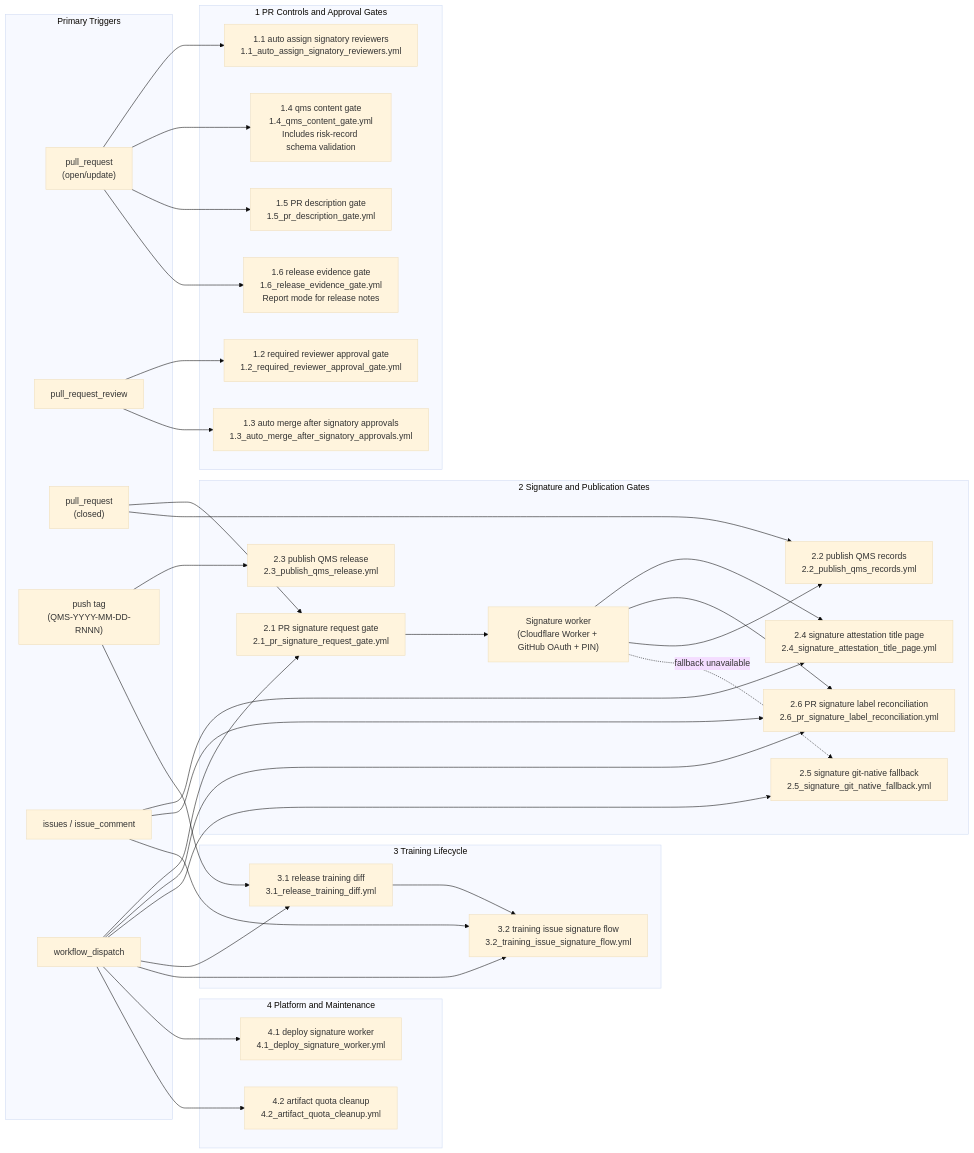
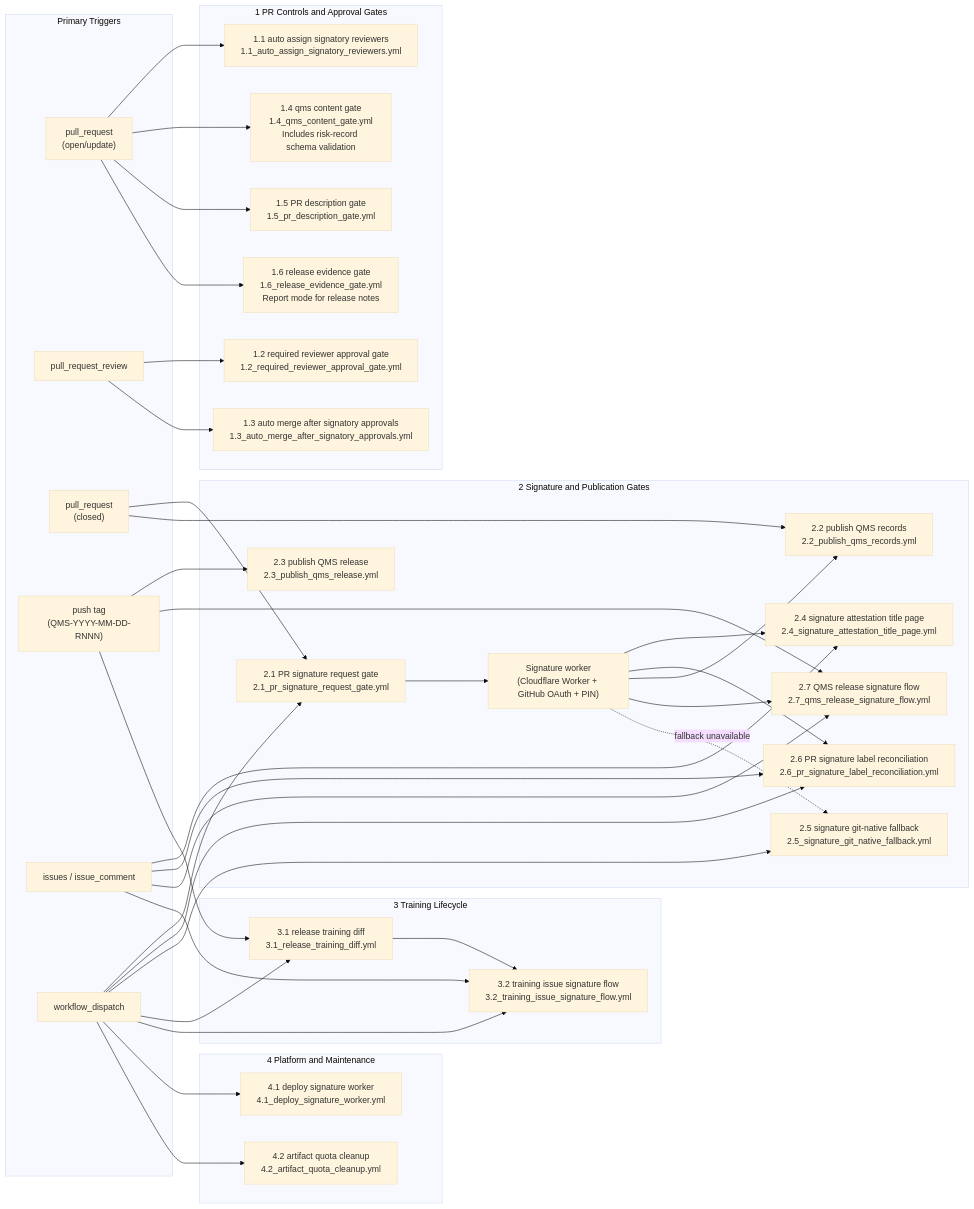
One commit to AliakseiT/dearauditor-qms-baseline changed the diagram in docs/architecture/README.md. Above: the diagram before and after it, drawn with Mermaid (base theme). The commit also changed other lines of this file and 10 other files, not shown here.

First line of the commit message:
Add QMS release-tag signature flow (#320)

````diff
--- a/docs/architecture/README.md
+++ b/docs/architecture/README.md
@@ -57,68 +57,72 @@
 ```mermaid
 flowchart LR
   subgraph triggers["Primary Triggers"]
     pr_open["pull_request<br/>(open/update)"]
     pr_review["pull_request_review"]
     pr_closed["pull_request<br/>(closed)"]
     qms_tag["push tag<br/>(QMS-YYYY-MM-DD-RNNN)"]
     issue_events["issues / issue_comment"]
     manual["workflow_dispatch"]
   end
 
   subgraph pr_controls["1 PR Controls and Approval Gates"]
     w11["1.1 auto assign signatory reviewers<br/>1.1_auto_assign_signatory_reviewers.yml"]
     w12["1.2 required reviewer approval gate<br/>1.2_required_reviewer_approval_gate.yml"]
     w13["1.3 auto merge after signatory approvals<br/>1.3_auto_merge_after_signatory_approvals.yml"]
     w14["1.4 qms content gate<br/>1.4_qms_content_gate.yml<br/>Includes risk-record schema validation"]
     w15["1.5 PR description gate<br/>1.5_pr_description_gate.yml"]
     w16["1.6 release evidence gate<br/>1.6_release_evidence_gate.yml<br/>Report mode for release notes"]
   end
 
   subgraph signature_pub["2 Signature and Publication Gates"]
     w21["2.1 PR signature request gate<br/>2.1_pr_signature_request_gate.yml"]
     w26["2.6 PR signature label reconciliation<br/>2.6_pr_signature_label_reconciliation.yml"]
     signer_ui["Signature worker<br/>(Cloudflare Worker + GitHub OAuth + PIN)"]
     w24["2.4 signature attestation title page<br/>2.4_signature_attestation_title_page.yml"]
     w22["2.2 publish QMS records<br/>2.2_publish_qms_records.yml"]
     w23["2.3 publish QMS release<br/>2.3_publish_qms_release.yml"]
     w25["2.5 signature git-native fallback<br/>2.5_signature_git_native_fallback.yml"]
+    w27["2.7 QMS release signature flow<br/>2.7_qms_release_signature_flow.yml"]
   end
 
   subgraph training["3 Training Lifecycle"]
     w31["3.1 release training diff<br/>3.1_release_training_diff.yml"]
     w32["3.2 training issue signature flow<br/>3.2_training_issue_signature_flow.yml"]
   end
 
   subgraph platform["4 Platform and Maintenance"]
     w41["4.1 deploy signature worker<br/>4.1_deploy_signature_worker.yml"]
     w42["4.2 artifact quota cleanup<br/>4.2_artifact_quota_cleanup.yml"]
   end
 
   pr_open --> w11
   pr_open --> w14
   pr_open --> w15
   pr_open --> w16
   pr_review --> w12
   pr_review --> w13
   pr_closed --> w21
   pr_closed --> w22
   qms_tag --> w23
+  qms_tag --> w27
   qms_tag --> w31
   issue_events --> w24
   issue_events --> w26
+  issue_events --> w27
   issue_events --> w32
   manual --> w21
   manual --> w26
   manual --> w25
   manual --> w31
   manual --> w32
   manual --> w41
   manual --> w42
 
   w21 --> signer_ui
   signer_ui --> w24
   signer_ui --> w26
   signer_ui --> w22
+  signer_ui --> w27
   signer_ui -. fallback unavailable .-> w25
   w31 --> w32
 ```
````
